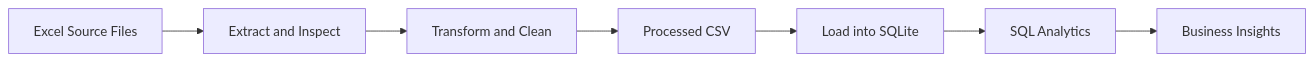
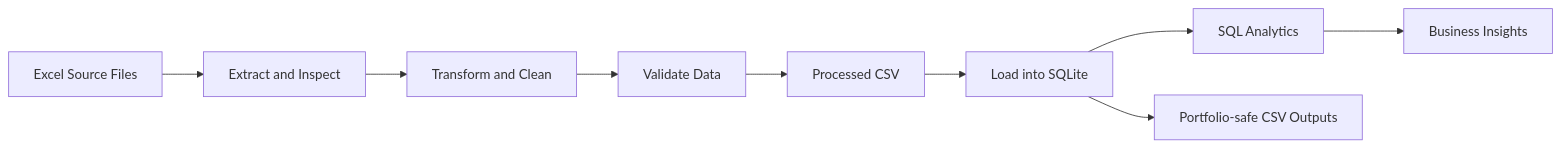
The diagram in README.md (bodinkc30-Pete/ecommerce-data-pipeline), drawn with Mermaid before and after one commit. The commit also changed other lines of this file, not shown here.

Commit message:
Upgrade README with portfolio outputs and data quality documentation

````diff
--- a/README.md
+++ b/README.md
@@ -17,9 +47,11 @@
 ```mermaid
 flowchart LR
     A[Excel Source Files] --> B[Extract and Inspect]
     B --> C[Transform and Clean]
-    C --> D[Processed CSV]
-    D --> E[Load into SQLite]
-    E --> F[SQL Analytics]
-    F --> G[Business Insights]
+    C --> D[Validate Data]
+    D --> E[Processed CSV]
+    E --> F[Load into SQLite]
+    F --> G[SQL Analytics]
+    F --> H[Portfolio-safe CSV Outputs]
+    G --> I[Business Insights]
 ```
````
